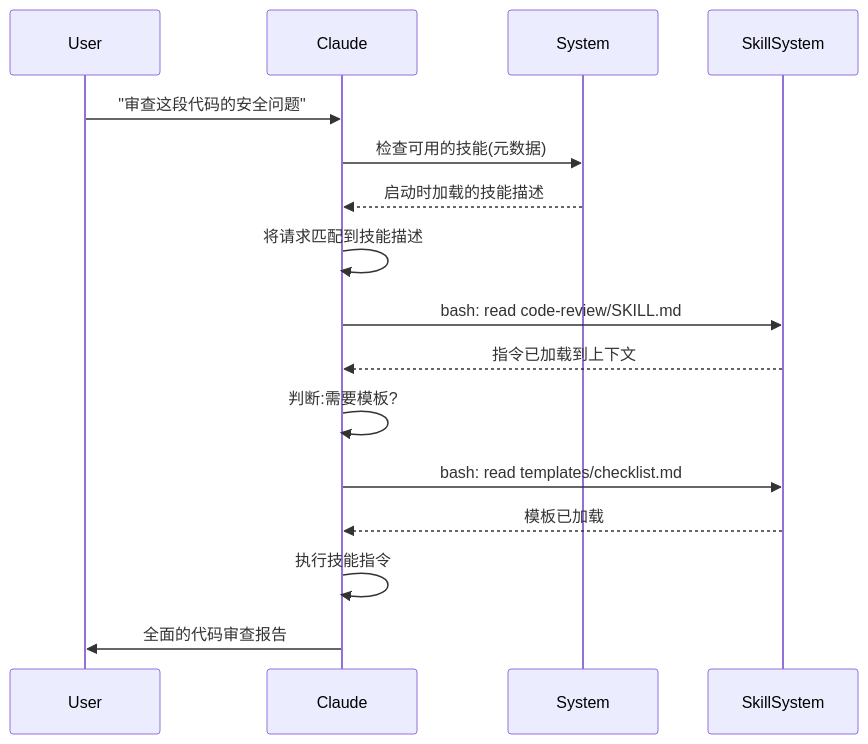
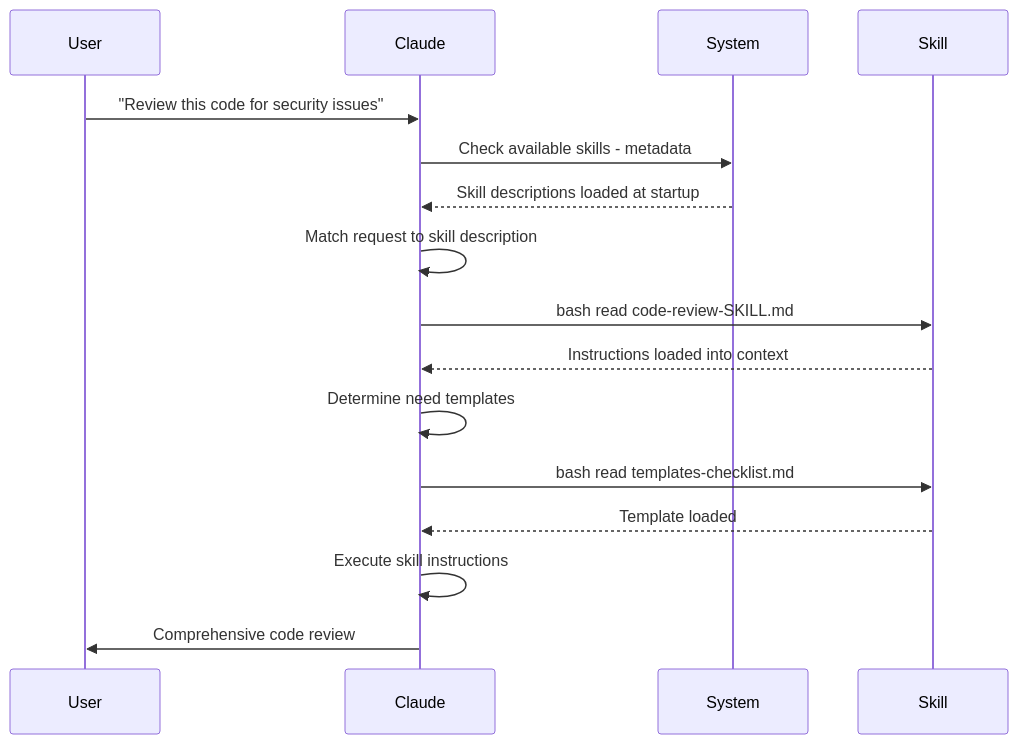
One commit to Rx782-Fss/claude-howto-zh changed the second of 2 diagrams in 03-skills/README.md. Above: the diagram before and after it, drawn with Mermaid. The commit also changed other lines of this file and 104 other files, not shown here.

````diff
--- a/03-skills/README.md
+++ b/03-skills/README.md
@@ -66,19 +66,19 @@
 ```mermaid
 sequenceDiagram
     participant User
     participant Claude as Claude
     participant System as System
-    participant Skill as SkillSystem
+    participant Skill as Skill
 
-    User->>Claude: "审查这段代码的安全问题"
-    Claude->>System: 检查可用的技能(元数据)
-    System-->>Claude: 启动时加载的技能描述
-    Claude->>Claude: 将请求匹配到技能描述
-    Claude->>Skill: bash: read code-review/SKILL.md
-    Skill-->>Claude: 指令已加载到上下文
-    Claude->>Claude: 判断:需要模板?
-    Claude->>Skill: bash: read templates/checklist.md
-    Skill-->>Claude: 模板已加载
-    Claude->>Claude: 执行技能指令
-    Claude->>User: 全面的代码审查报告
+    User->>Claude: "Review this code for security issues"
+    Claude->>System: Check available skills - metadata
+    System-->>Claude: Skill descriptions loaded at startup
+    Claude->>Claude: Match request to skill description
+    Claude->>Skill: bash read code-review-SKILL.md
+    Skill-->>Claude: Instructions loaded into context
+    Claude->>Claude: Determine need templates
+    Claude->>Skill: bash read templates-checklist.md
+    Skill-->>Claude: Template loaded
+    Claude->>Claude: Execute skill instructions
+    Claude->>User: Comprehensive code review
 ```
````
